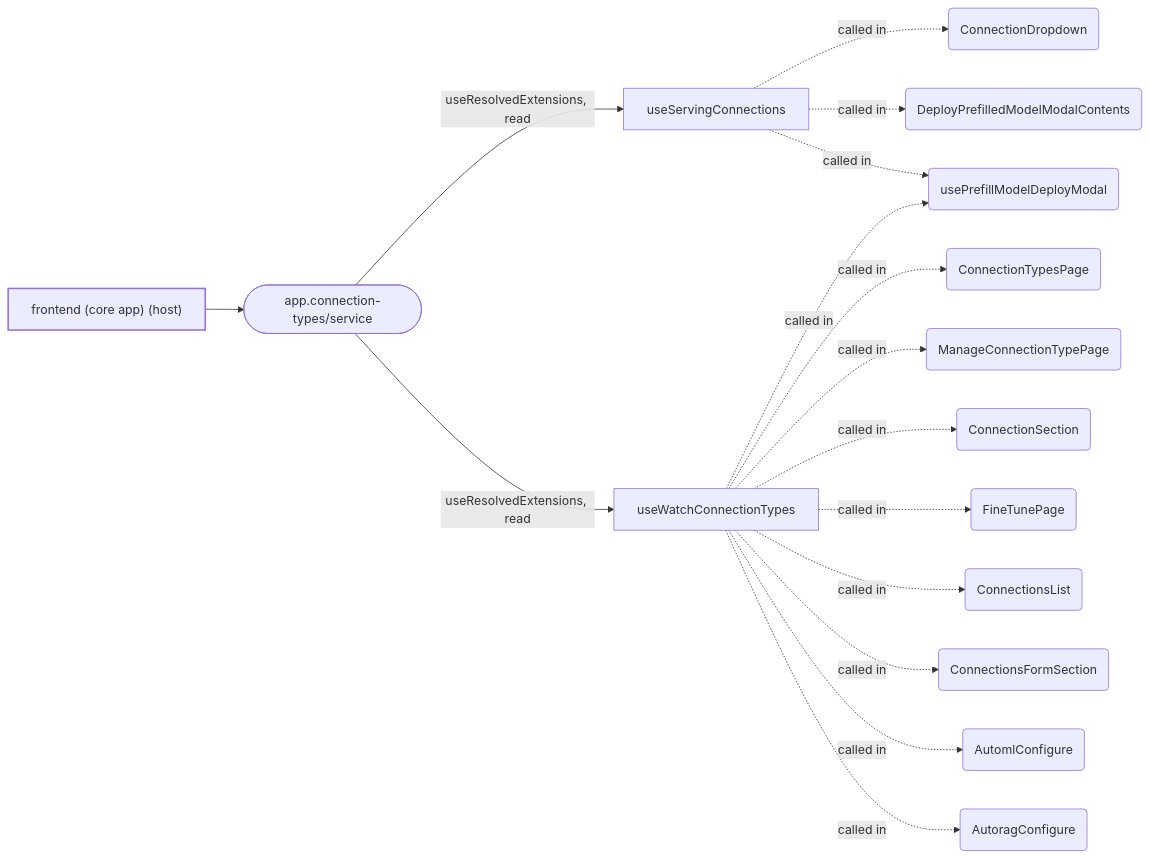
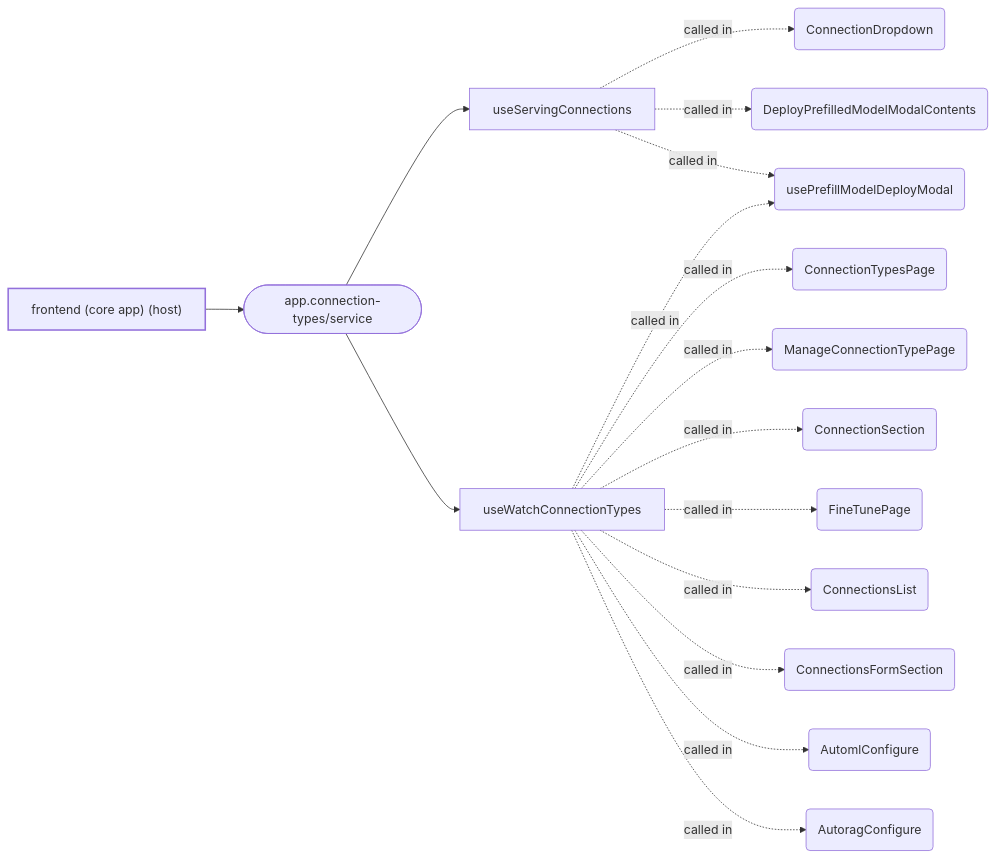
Before and after one commit to mturley/odh-dashboard: the third of 16 diagrams in packages/plugin-core/docs/extensions.md, drawn with Mermaid. The commit also changed other lines of this file and 28 other files, not shown here.

````diff
--- a/packages/plugin-core/docs/extensions.md
+++ b/packages/plugin-core/docs/extensions.md
@@ -331,35 +303,35 @@
 ```mermaid
 flowchart LR
   classDef pkg stroke-width:2px
   classDef point stroke-width:1px
   n_pkg__odh_dashboard_internal_143c2f["frontend (core app) (host)"]:::pkg
   n_app_connection_types_service_2eb1aa(["app.connection-types/service"]):::point
   n_pkg__odh_dashboard_internal_143c2f --> n_app_connection_types_service_2eb1aa
   n_symbol_packages_connection_types_src_useServingConnections_ts_useServingConnections_3be4cd["useServingConnections"]
-  n_app_connection_types_service_2eb1aa -- "useResolvedExtensions, read" --> n_symbol_packages_connection_types_src_useServingConnections_ts_useServingConnections_3be4cd
+  n_app_connection_types_service_2eb1aa --> n_symbol_packages_connection_types_src_useServingConnections_ts_useServingConnections_3be4cd
   n_symbol_packages_connection_types_src_useWatchConnectionTypes_ts_useWatchConnectionTypes_6ef553["useWatchConnectionTypes"]
-  n_app_connection_types_service_2eb1aa -- "useResolvedExtensions, read" --> n_symbol_packages_connection_types_src_useWatchConnectionTypes_ts_useWatchConnectionTypes_6ef553
+  n_app_connection_types_service_2eb1aa --> n_symbol_packages_connection_types_src_useWatchConnectionTypes_ts_useWatchConnectionTypes_6ef553
   n_symbol_frontend_src_concepts_modelRegistry_content_ConnectionDropdown_tsx_ConnectionDropdown_00b6b0("ConnectionDropdown")
   n_symbol_frontend_src_pages_modelServing_screens_projects_DeployPrefilledModelModal_tsx_DeployPrefilledModelModalContents_ff6d17("DeployPrefilledModelModalContents")
   n_symbol_frontend_src_pages_modelServing_screens_projects_usePrefillModelDeployModal_ts_usePrefillModelDeployModal_5f1391("usePrefillModelDeployModal")
   n_symbol_frontend_src_pages_connectionTypes_ConnectionTypesPage_tsx_ConnectionTypesPage_9ca51c("ConnectionTypesPage")
   n_symbol_frontend_src_pages_connectionTypes_manage_ManageConnectionTypePage_tsx_ManageConnectionTypePage_b21c38("ManageConnectionTypePage")
   n_symbol_frontend_src_pages_modelServing_screens_projects_InferenceServiceModal_ConnectionSection_tsx_ConnectionSection_4ed3f9("ConnectionSection")
   n_symbol_frontend_src_pages_pipelines_global_modelCustomization_FineTunePage_tsx_FineTunePage_40dfe9("FineTunePage")
   n_symbol_frontend_src_pages_projects_screens_detail_connections_ConnectionsList_tsx_ConnectionsList_c7e6ff("ConnectionsList")
   n_symbol_frontend_src_pages_projects_screens_spawner_connections_ConnectionsFormSection_tsx_ConnectionsFormSection_4f8bd4("ConnectionsFormSection")
   n_symbol_packages_automl_frontend_src_app_components_configure_AutomlConfigure_tsx_AutomlConfigure_a876c8("AutomlConfigure")
   n_symbol_packages_autorag_frontend_src_app_components_configure_AutoragConfigure_tsx_AutoragConfigure_98611d("AutoragConfigure")
   n_symbol_packages_connection_types_src_useServingConnections_ts_useServingConnections_3be4cd -. "called in" .-> n_symbol_frontend_src_concepts_modelRegistry_content_ConnectionDropdown_tsx_ConnectionDropdown_00b6b0
   n_symbol_packages_connection_types_src_useServingConnections_ts_useServingConnections_3be4cd -. "called in" .-> n_symbol_frontend_src_pages_modelServing_screens_projects_DeployPrefilledModelModal_tsx_DeployPrefilledModelModalContents_ff6d17
   n_symbol_packages_connection_types_src_useServingConnections_ts_useServingConnections_3be4cd -. "called in" .-> n_symbol_frontend_src_pages_modelServing_screens_projects_usePrefillModelDeployModal_ts_usePrefillModelDeployModal_5f1391
   n_symbol_packages_connection_types_src_useWatchConnectionTypes_ts_useWatchConnectionTypes_6ef553 -. "called in" .-> n_symbol_frontend_src_pages_connectionTypes_ConnectionTypesPage_tsx_ConnectionTypesPage_9ca51c
   n_symbol_packages_connection_types_src_useWatchConnectionTypes_ts_useWatchConnectionTypes_6ef553 -. "called in" .-> n_symbol_frontend_src_pages_connectionTypes_manage_ManageConnectionTypePage_tsx_ManageConnectionTypePage_b21c38
   n_symbol_packages_connection_types_src_useWatchConnectionTypes_ts_useWatchConnectionTypes_6ef553 -. "called in" .-> n_symbol_frontend_src_pages_modelServing_screens_projects_InferenceServiceModal_ConnectionSection_tsx_ConnectionSection_4ed3f9
   n_symbol_packages_connection_types_src_useWatchConnectionTypes_ts_useWatchConnectionTypes_6ef553 -. "called in" .-> n_symbol_frontend_src_pages_modelServing_screens_projects_usePrefillModelDeployModal_ts_usePrefillModelDeployModal_5f1391
   n_symbol_packages_connection_types_src_useWatchConnectionTypes_ts_useWatchConnectionTypes_6ef553 -. "called in" .-> n_symbol_frontend_src_pages_pipelines_global_modelCustomization_FineTunePage_tsx_FineTunePage_40dfe9
   n_symbol_packages_connection_types_src_useWatchConnectionTypes_ts_useWatchConnectionTypes_6ef553 -. "called in" .-> n_symbol_frontend_src_pages_projects_screens_detail_connections_ConnectionsList_tsx_ConnectionsList_c7e6ff
   n_symbol_packages_connection_types_src_useWatchConnectionTypes_ts_useWatchConnectionTypes_6ef553 -. "called in" .-> n_symbol_frontend_src_pages_projects_screens_spawner_connections_ConnectionsFormSection_tsx_ConnectionsFormSection_4f8bd4
   n_symbol_packages_connection_types_src_useWatchConnectionTypes_ts_useWatchConnectionTypes_6ef553 -. "called in" .-> n_symbol_packages_automl_frontend_src_app_components_configure_AutomlConfigure_tsx_AutomlConfigure_a876c8
   n_symbol_packages_connection_types_src_useWatchConnectionTypes_ts_useWatchConnectionTypes_6ef553 -. "called in" .-> n_symbol_packages_autorag_frontend_src_app_components_configure_AutoragConfigure_tsx_AutoragConfigure_98611d
 ```
````
